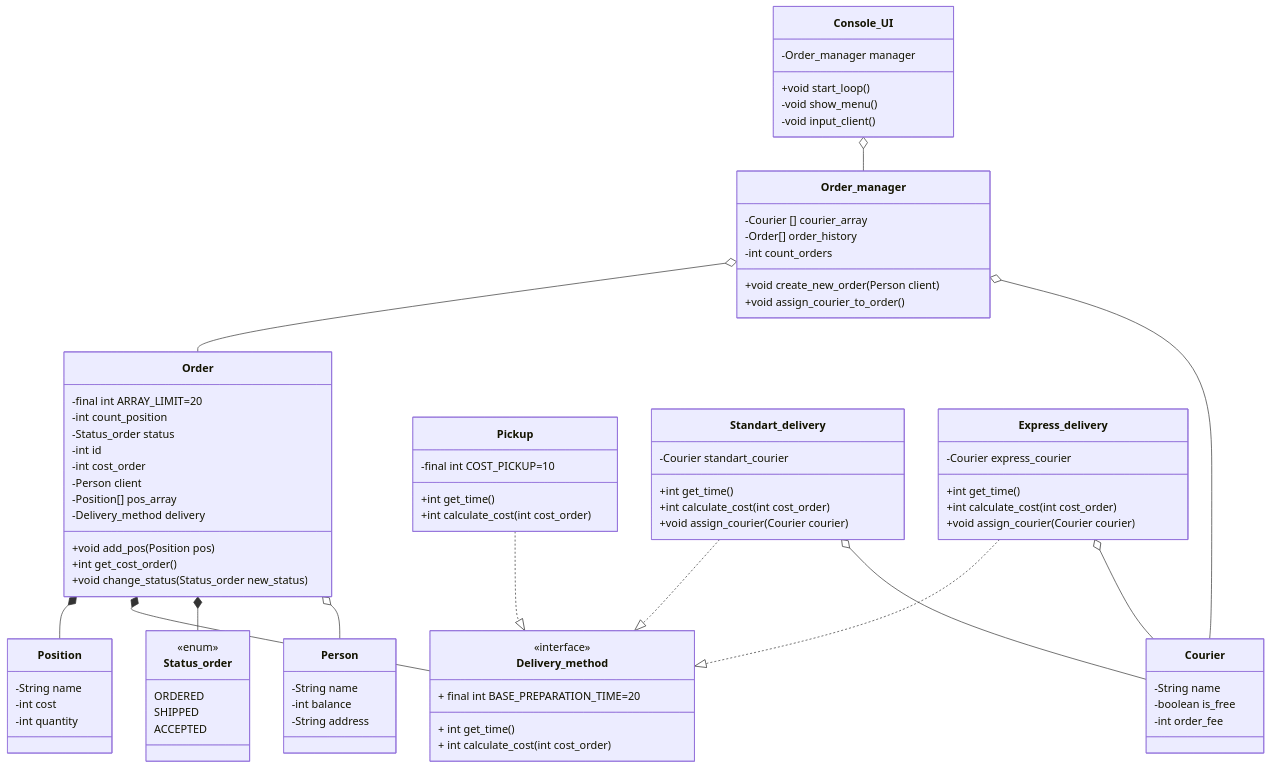
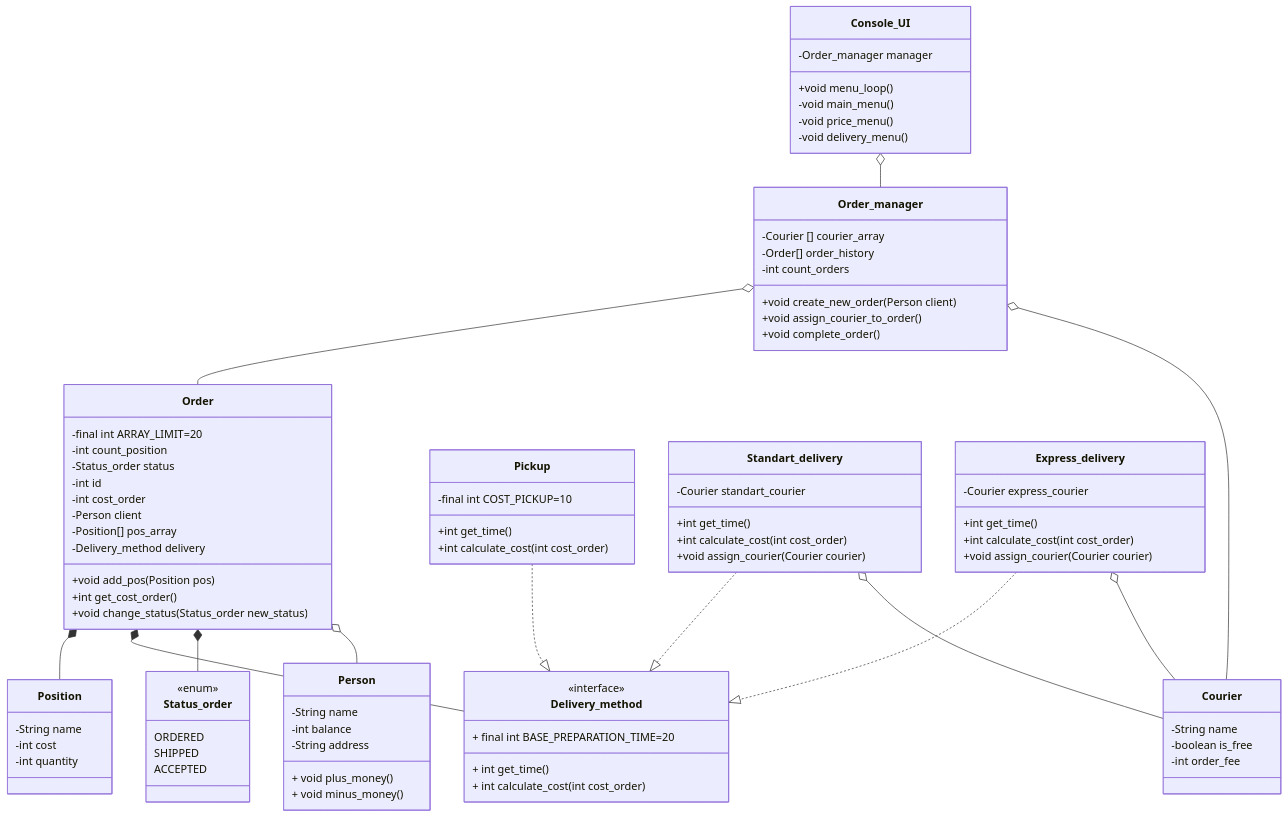
The diagram in README.md (kirillkushaev2007-boop/Labaratory1), drawn with Mermaid before and after one commit.

Commit message:
Update README
- Implement new business logic methods in Order_manager class
- Add new utility/helper methods to Person class
- Update Console_UI with new user interaction methods

```diff
--- a/README.md
+++ b/README.md
@@ -18,6 +18,8 @@
        -String name
        -int balance
        -String address
+       + void plus_money()
+       + void minus_money()
    }
    %% Заказ (Order)
    class Order {
@@ -81,17 +83,20 @@
       +void create_new_order(Person client)
          %%Создаёт новый заказ (Order), и кладёт его в order_history
       +void assign_courier_to_order()
+      +void complete_order()
    }
 
    %% Пользовательский интерфейс (Console_UI)
    class Console_UI{
       -Order_manager manager
-      +void start_loop()
-         %% Запускает цикл меню (использует show_menu(), )
-      -void show_menu()
-         %% Показывает всю видимую часть интерфейса
-      -void input_client()
-         %% Обрабатывает все вводы клиента
+      +void menu_loop()
+         %% Запускает цикл меню
+      -void main_menu()
+         %% Запускает главное меню
+      -void price_menu()
+         %% Меню блюд
+      -void delivery_menu()
+        %% Меню доставки
          }
    
    %% Связи заказа
```
